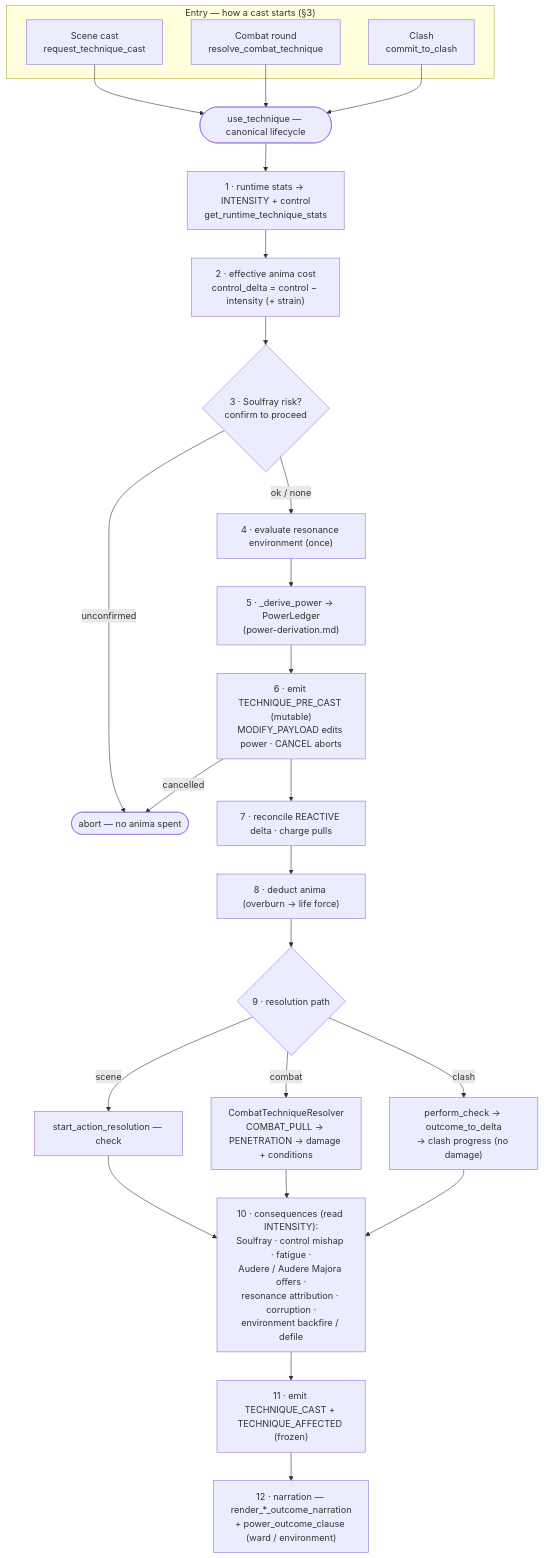
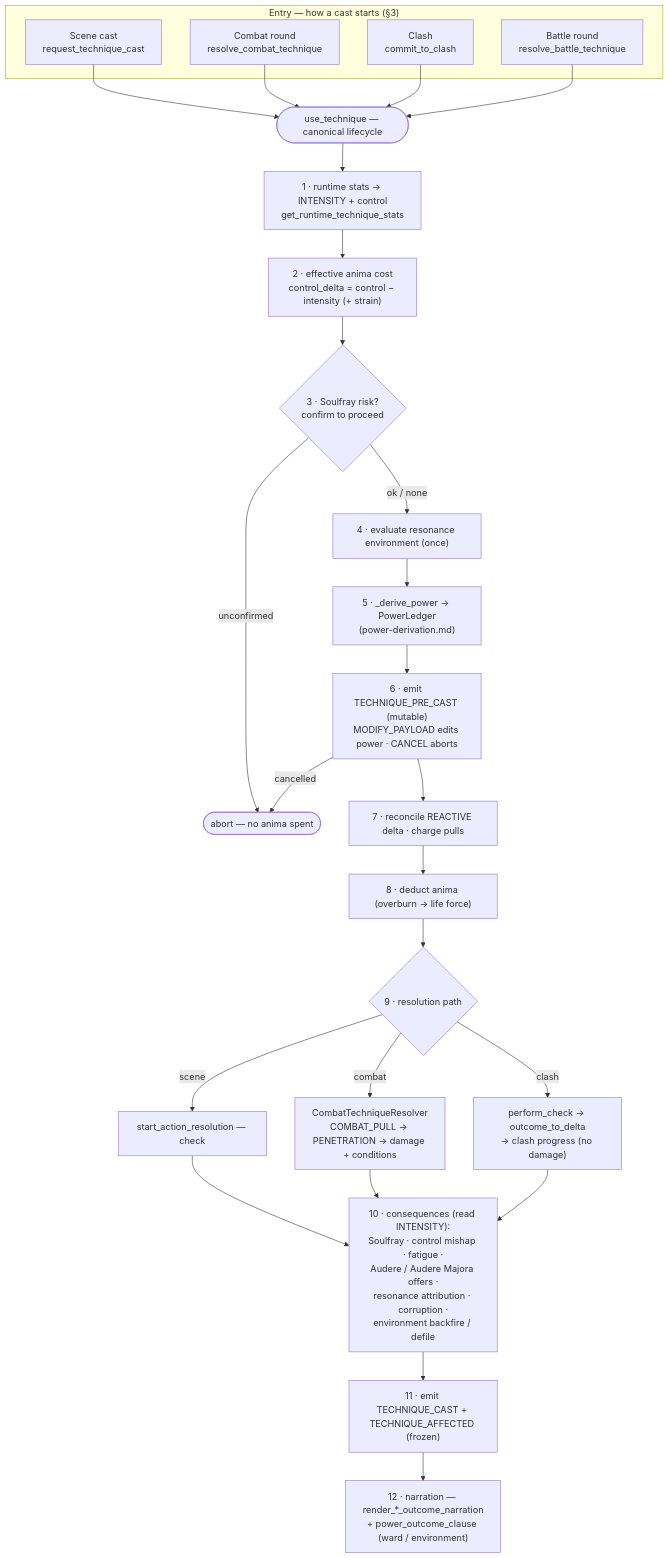
One commit to Arx-Game/arxii changed the diagram in docs/architecture/technique-use-pipeline.md. Above: the diagram before and after it, drawn with Mermaid. The commit also changed other lines of this file and 3 other files, not shown here.

````diff
--- a/docs/architecture/technique-use-pipeline.md
+++ b/docs/architecture/technique-use-pipeline.md
@@ -79,32 +80,34 @@
 ```mermaid
 flowchart TD
     subgraph ENTRY["Entry — how a cast starts (§3)"]
         A["Scene cast<br/>request_technique_cast"]
         B["Combat round<br/>resolve_combat_technique"]
         C["Clash<br/>commit_to_clash"]
+        D["Battle round<br/>resolve_battle_technique"]
     end
     A --> UT
     B --> UT
     C --> UT
+    D --> UT
     UT(["use_technique — canonical lifecycle"])
     UT --> S1["1 · runtime stats → INTENSITY + control<br/>get_runtime_technique_stats"]
     S1 --> S2["2 · effective anima cost<br/>control_delta = control − intensity (+ strain)"]
     S2 --> S3{"3 · Soulfray risk?<br/>confirm to proceed"}
     S3 -- "unconfirmed" --> ABORT([abort — no anima spent])
     S3 -- "ok / none" --> S4["4 · evaluate resonance environment (once)"]
     S4 --> S5["5 · _derive_power → PowerLedger<br/>(power-derivation.md)"]
     S5 --> S6["6 · emit TECHNIQUE_PRE_CAST (mutable)<br/>MODIFY_PAYLOAD edits power · CANCEL aborts"]
     S6 -- "cancelled" --> ABORT
     S6 --> S7["7 · reconcile REACTIVE delta · charge pulls"]
     S7 --> S8["8 · deduct anima (overburn → life force)"]
     S8 --> RES{9 · resolution path}
     RES -- "scene" --> RSCENE["start_action_resolution — check"]
     RES -- "combat" --> RCOMBAT["CombatTechniqueResolver<br/>COMBAT_PULL → PENETRATION → damage + conditions"]
     RES -- "clash" --> RCLASH["perform_check → outcome_to_delta<br/>→ clash progress (no damage)"]
     RSCENE --> CONS
     RCOMBAT --> CONS
     RCLASH --> CONS
     CONS["10 · consequences (read INTENSITY):<br/>Soulfray · control mishap · fatigue ·<br/>Audere / Audere Majora offers ·<br/>resonance attribution · corruption ·<br/>environment backfire / defile"]
     CONS --> EV["11 · emit TECHNIQUE_CAST + TECHNIQUE_AFFECTED (frozen)"]
     EV --> NARR["12 · narration — render_*_outcome_narration<br/>+ power_outcome_clause (ward / environment)"]
 ```
````
